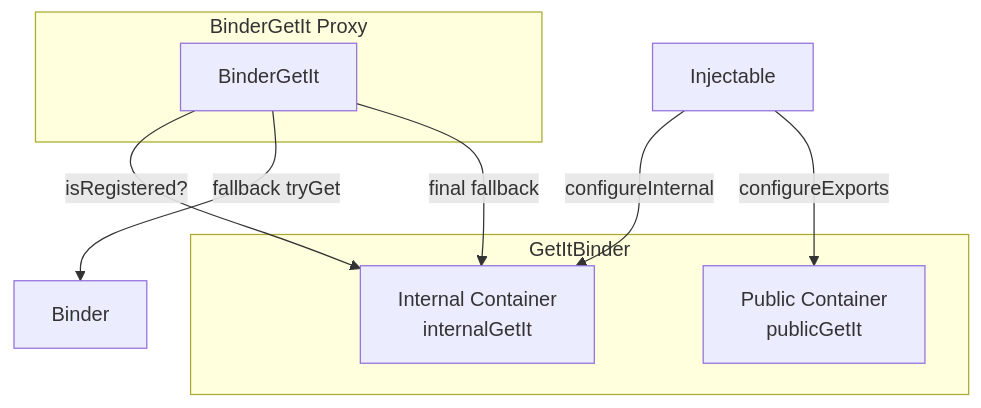
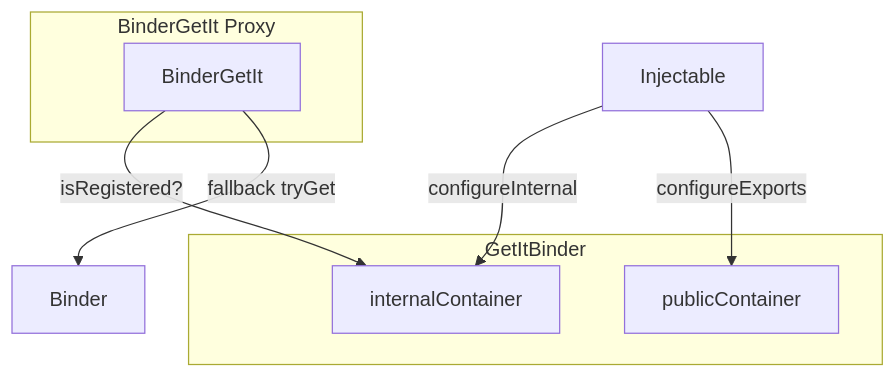
The second of 2 diagrams in docs-site/guide/modularity_workspace/injectable-integration.md (cherrypick-agency/modularity_dart), drawn with Mermaid before and after one commit. The commit also changed other lines of this file and 56 other files, not shown here.

````diff
--- a/docs-site/guide/modularity_workspace/injectable-integration.md
+++ b/docs-site/guide/modularity_workspace/injectable-integration.md
@@ -208,15 +228,14 @@
 ```mermaid
 flowchart TB
     subgraph GetItBinder
-        IC[Internal Container<br/>internalGetIt]
-        PC[Public Container<br/>publicGetIt]
+        IC[internalContainer]
+        PC[publicContainer]
     end
-    subgraph BinderGetIt Proxy
+    subgraph "BinderGetIt Proxy"
         BG[BinderGetIt]
     end
     Injectable -->|configureInternal| IC
     Injectable -->|configureExports| PC
     BG -->|isRegistered?| IC
     BG -->|fallback tryGet| Binder
-    BG -->|final fallback| IC
 ```
````
